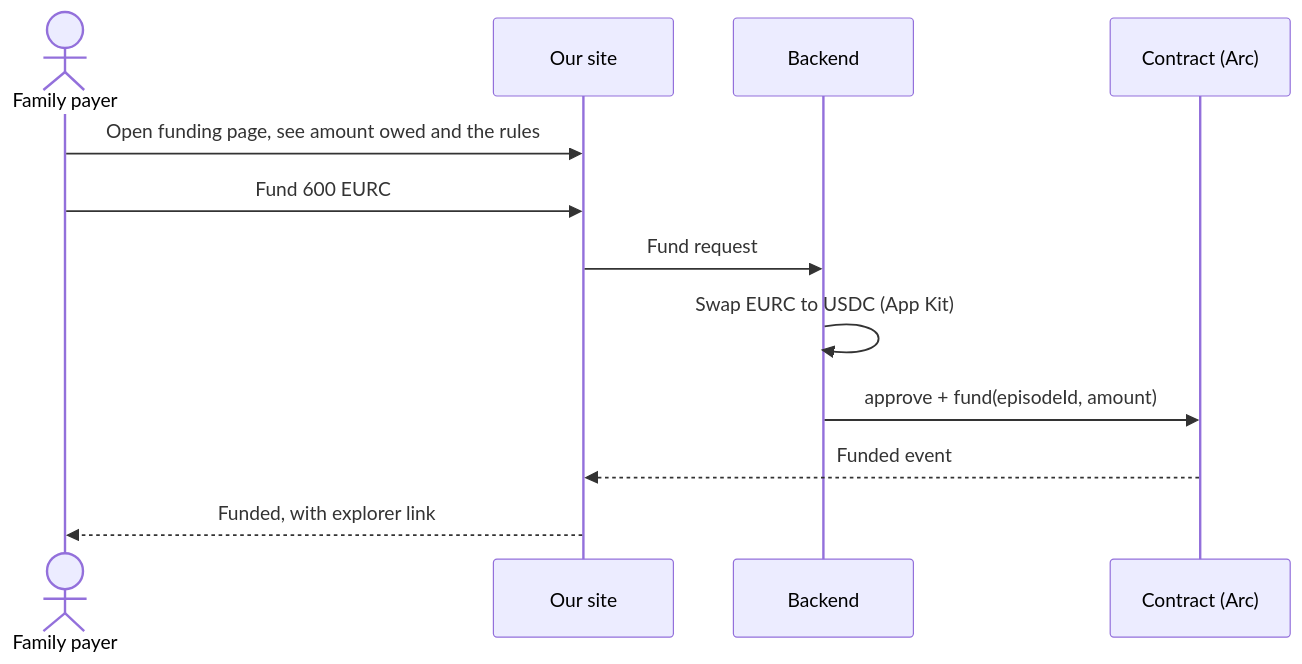
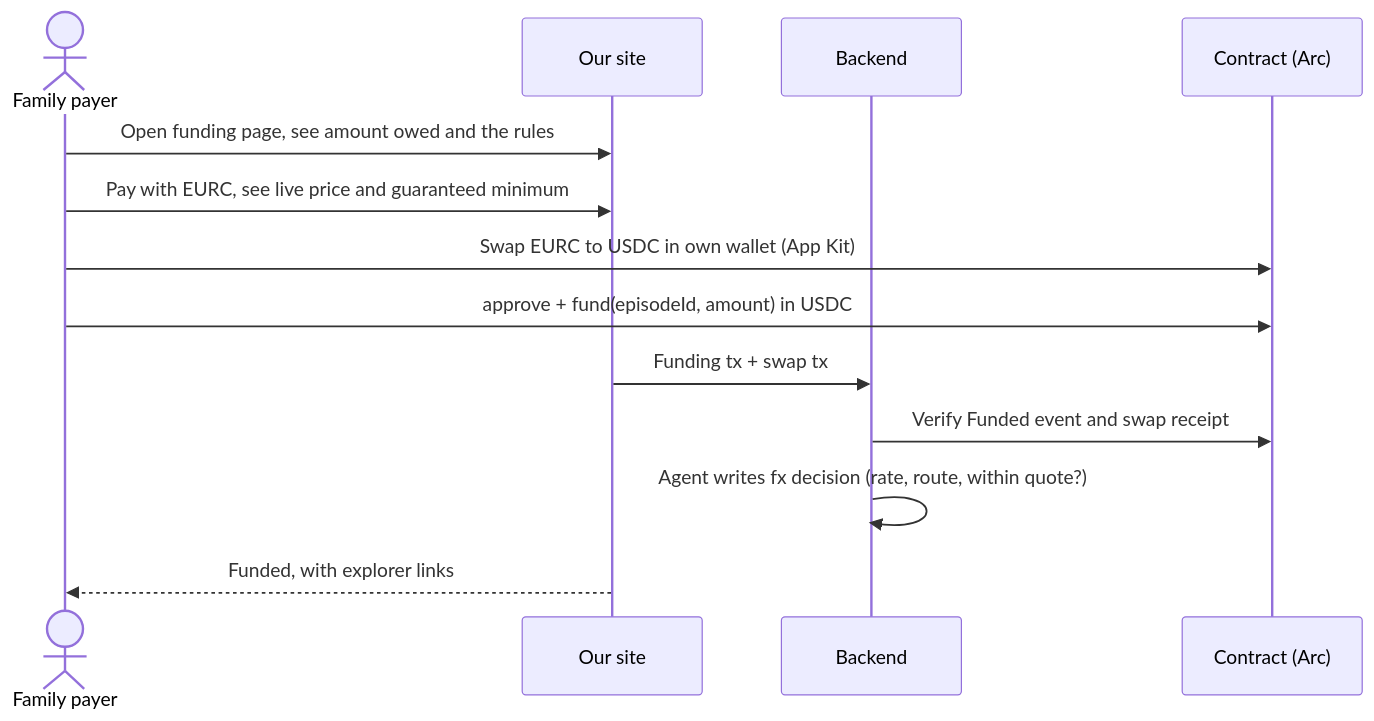
Before and after one commit to Anto-099-New-State/CareGuard: the second of 3 diagrams in docs/FLOW.md, drawn with Mermaid. The commit also changed 2 other files, not shown here.

Commit message:
Docs: currencies, payer-side conversion and the agent's FX check

````diff
--- a/docs/FLOW.md
+++ b/docs/FLOW.md
@@ -63,14 +63,15 @@
 ```mermaid
 sequenceDiagram
     actor P as Family payer
     participant FE as Our site
     participant BE as Backend
     participant C as Contract (Arc)
     P->>FE: Open funding page, see amount owed and the rules
-    P->>FE: Fund 600 EURC
-    FE->>BE: Fund request
-    BE->>BE: Swap EURC to USDC (App Kit)
-    BE->>C: approve + fund(episodeId, amount)
-    C-->>FE: Funded event
-    FE-->>P: Funded, with explorer link
+    P->>FE: Pay with EURC, see live price and guaranteed minimum
+    P->>C: Swap EURC to USDC in own wallet (App Kit)
+    P->>C: approve + fund(episodeId, amount) in USDC
+    FE->>BE: Funding tx + swap tx
+    BE->>C: Verify Funded event and swap receipt
+    BE->>BE: Agent writes fx decision (rate, route, within quote?)
+    FE-->>P: Funded, with explorer links
 ```
````
